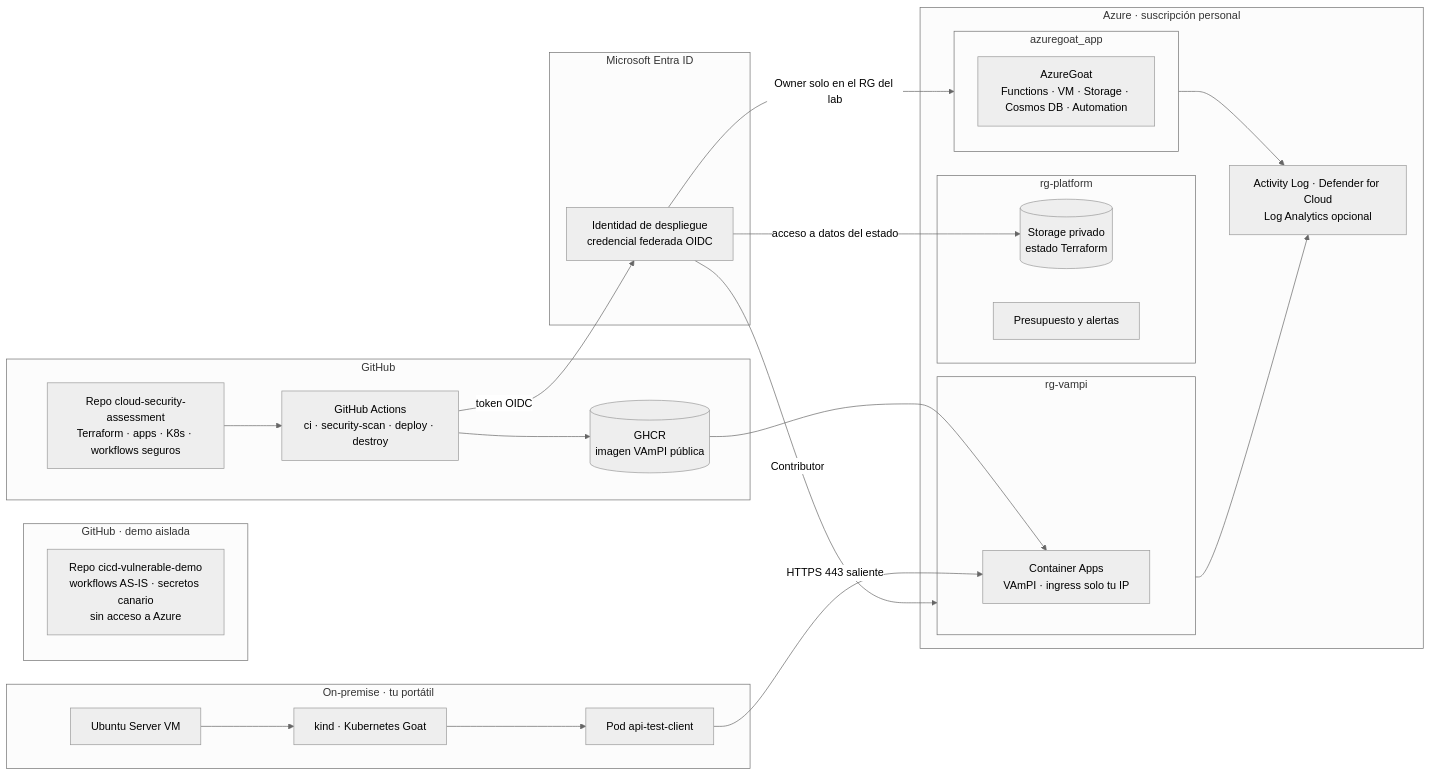
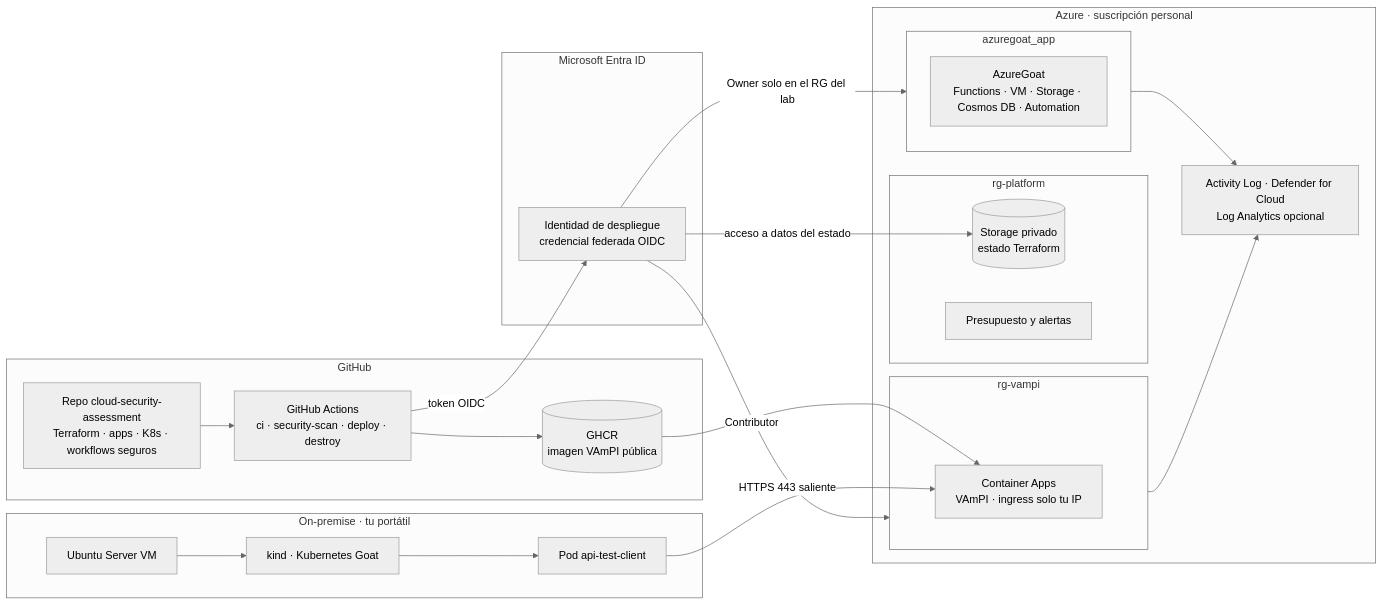
The diagram in README.md (Pentesting-Nublopost-onprem/cloud-security-assessment), drawn with Mermaid (neutral theme) before and after one commit. The commit also changed other lines of this file and 3 other files, not shown here.

````diff
--- a/README.md
+++ b/README.md
@@ -34,48 +34,44 @@
 ```mermaid
 flowchart LR
   subgraph GH["GitHub"]
     R1["Repo cloud-security-assessment<br/>Terraform · apps · K8s · workflows seguros"]
     GA["GitHub Actions<br/>ci · security-scan · deploy · destroy"]
     GHCR[("GHCR<br/>imagen VAmPI pública")]
     R1 --> GA
     GA --> GHCR
-  end
-
-  subgraph DEMO["GitHub · demo aislada"]
-    R2["Repo cicd-vulnerable-demo<br/>workflows AS-IS · secretos canario<br/>sin acceso a Azure"]
   end
 
   subgraph ENTRA["Microsoft Entra ID"]
     OIDC["Identidad de despliegue<br/>credencial federada OIDC"]
   end
 
   subgraph AZ["Azure · suscripción personal"]
     subgraph PLAT["rg-platform"]
       ST[("Storage privado<br/>estado Terraform")]
       BUD["Presupuesto y alertas"]
     end
     subgraph LAB["azuregoat_app"]
       AG["AzureGoat<br/>Functions · VM · Storage · Cosmos DB · Automation"]
     end
     subgraph APIRG["rg-vampi"]
       ACA["Container Apps<br/>VAmPI · ingress solo tu IP"]
     end
     MON["Activity Log · Defender for Cloud<br/>Log Analytics opcional"]
   end
 
   subgraph ONP["On-premise · tu portátil"]
     VM["Ubuntu Server VM"]
     KIND["kind · Kubernetes Goat"]
     CLI["Pod api-test-client"]
     VM --> KIND --> CLI
   end
 
   GA -- "token OIDC" --> OIDC
   OIDC -- "Owner solo en el RG del lab" --> LAB
   OIDC -- "Contributor" --> APIRG
   OIDC -- "acceso a datos del estado" --> ST
   GHCR --> ACA
   CLI -- "HTTPS 443 saliente" --> ACA
   LAB --> MON
   APIRG --> MON
 ```
````
